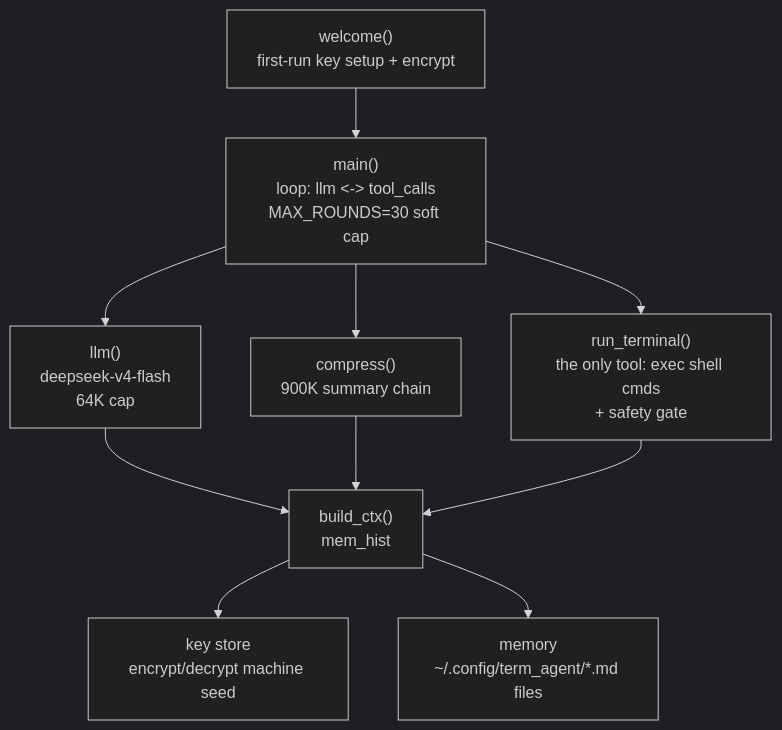
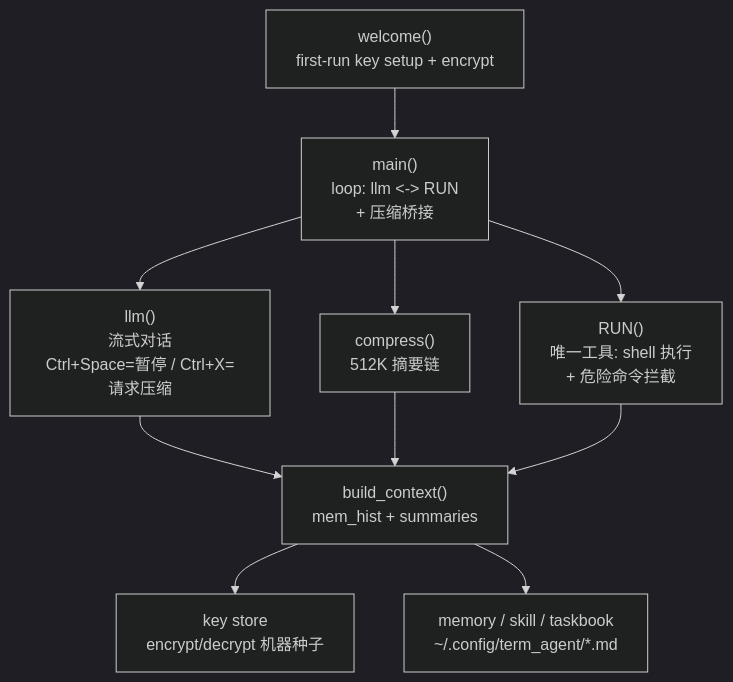
One commit to Xiyinnnnnn/Agent-in-Terminal changed the first of 2 diagrams in README.md. Above: the diagram before and after it, drawn with Mermaid (dark theme). The commit also changed other lines of this file and 1 other file, not shown here.

First line of the commit message:
feat: Ctrl+X 请求压缩当前上下文 + README 与实际代码对齐重构

````diff
--- a/README.md
+++ b/README.md
@@ -45,12 +54,12 @@
 ```mermaid
 flowchart TD
-    A["welcome()<br/>first-run key setup + encrypt"] --> B["main()<br/>loop: llm <-> tool_calls<br/>MAX_ROUNDS=30 soft cap"]
-    B --> C["llm()<br/>deepseek-v4-flash<br/>64K cap"]
-    B --> D["compress()<br/>900K summary chain"]
-    B --> E["run_terminal()<br/>the only tool: exec shell cmds<br/>+ safety gate"]
-    C --> F["build_ctx()<br/>mem_hist"]
+    A["welcome()<br/>first-run key setup + encrypt"] --> B["main()<br/>loop: llm <-> RUN<br/>+ 压缩桥接"]
+    B --> C["llm()<br/>流式对话<br/>Ctrl+Space=暂停 / Ctrl+X=请求压缩"]
+    B --> D["compress()<br/>512K 摘要链"]
+    B --> E["RUN()<br/>唯一工具: shell 执行<br/>+ 危险命令拦截"]
+    C --> F["build_context()<br/>mem_hist + summaries"]
     D --> F
     E --> F
-    F --> G["key store<br/>encrypt/decrypt machine seed"]
-    F --> H["memory<br/>~/.config/term_agent/*.md files"]
+    F --> G["key store<br/>encrypt/decrypt 机器种子"]
+    F --> H["memory / skill / taskbook<br/>~/.config/term_agent/*.md"]
 ```
````
